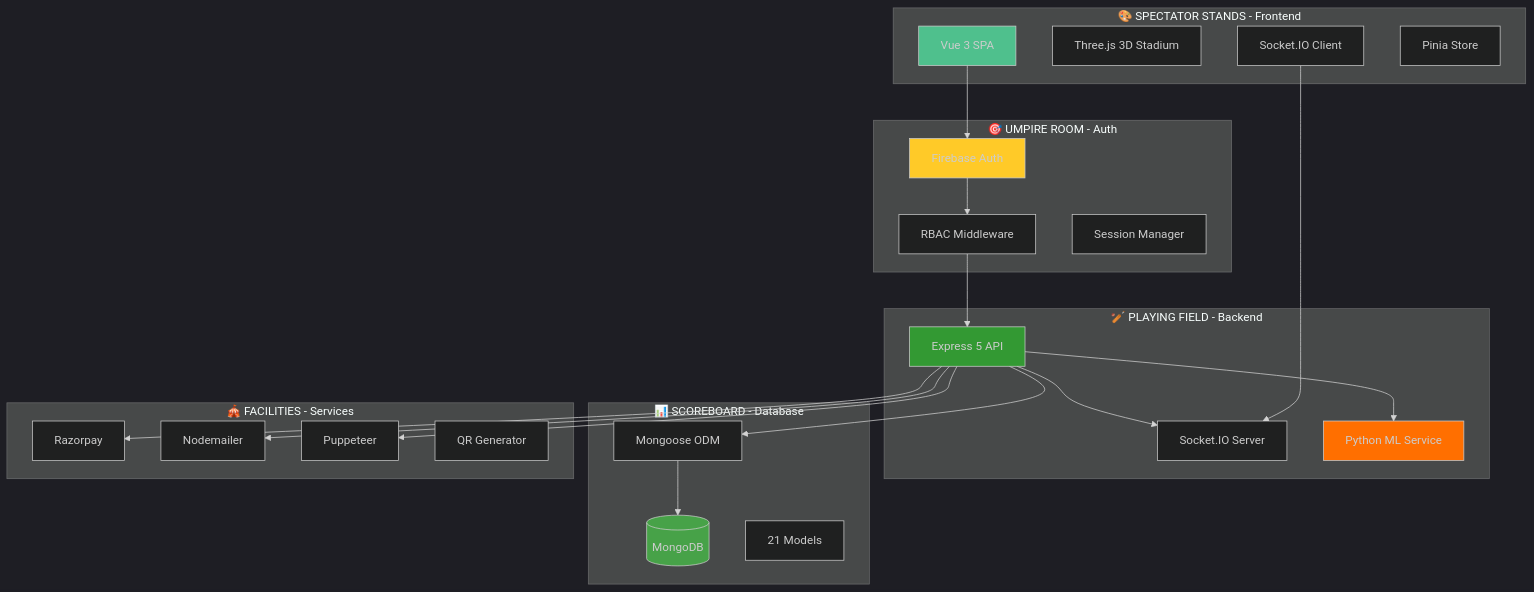
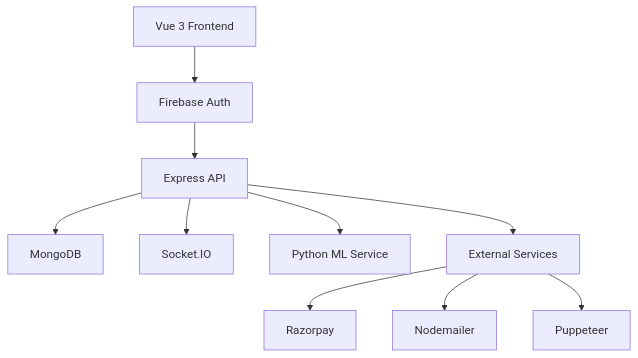
One commit to jamesvarghese7/Crickarena changed the diagram in README.md. Above: the diagram before and after it, drawn with Mermaid. The commit also changed other lines of this file, not shown here.

````diff
--- a/README.md
+++ b/README.md
@@ -430,53 +194,12 @@
 ```mermaid
-%%{init: {'theme':'dark'}}%%
 graph TB
-    subgraph "🎨 SPECTATOR STANDS - Frontend"
-        A[Vue 3 SPA]
-        B[Three.js 3D Stadium]
-        C[Socket.IO Client]
-        D[Pinia Store]
-    end
-    
-    subgraph "🏏 PLAYING FIELD - Backend"
-        E[Express 5 API]
-        F[Socket.IO Server]
-        G[Python ML Service]
-    end
-    
-    subgraph "🎯 UMPIRE ROOM - Auth"
-        H[Firebase Auth]
-        I[RBAC Middleware]
-        J[Session Manager]
-    end
-    
-    subgraph "📊 SCOREBOARD - Database"
-        K[(MongoDB)]
-        L[Mongoose ODM]
-        M[21 Models]
-    end
-    
-    subgraph "🎪 FACILITIES - Services"
-        N[Razorpay]
-        O[Nodemailer]
-        P[Puppeteer]
-        Q[QR Generator]
-    end
-    
-    A --> H
-    H --> I
-    I --> E
-    E --> L
-    L --> K
-    E --> F
-    E --> G
-    C --> F
-    E --> N
-    E --> O
-    E --> P
-    
-    style A fill:#4FC08D
-    style E fill:#339933
-    style K fill:#47A248
-    style G fill:#FF6F00
-    style H fill:#FFCA28
+    A[Vue 3 Frontend] --> B[Firebase Auth]
+    B --> C[Express API]
+    C --> D[MongoDB]
+    C --> E[Socket.IO]
+    C --> F[Python ML Service]
+    C --> G[External Services]
+    G --> H[Razorpay]
+    G --> I[Nodemailer]
+    G --> J[Puppeteer]
 ```
````
